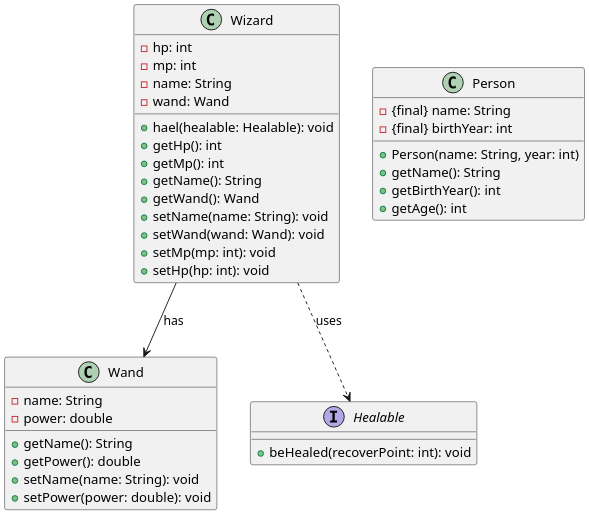
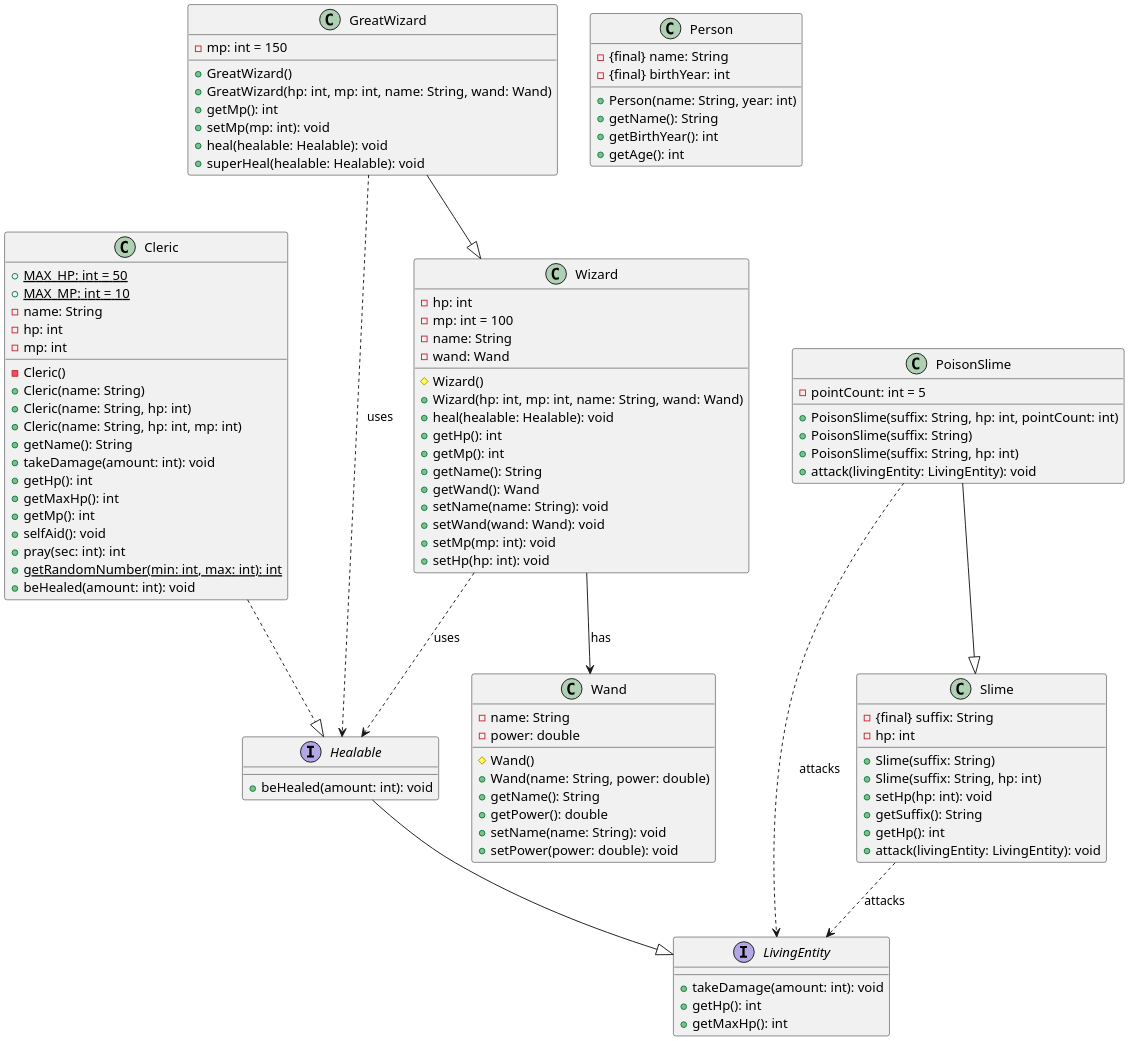
The diagram in src/main/java/com/survivalcoding/ClassUML.puml (SurvivalCodingCampus/polytech_java_study), drawn with PlantUML before and after one commit. The commit also changed 1 other file, not shown here.

Commit message:
doc: TIL / UML 작성

```diff
--- a/src/main/java/com/survivalcoding/ClassUML.puml
+++ b/src/main/java/com/survivalcoding/ClassUML.puml
@@ -1,51 +1,126 @@
 @startuml
 'https://plantuml.com/class-diagram
 
 scale 2
 
+interface LivingEntity {
+    + takeDamage(amount: int): void
+    + getHp(): int
+    + getMaxHp(): int
+}
+
+interface Healable {
+    + beHealed(amount: int): void
+}
+
 class Wizard {
     - hp: int
-    - mp: int
+    - mp: int = 100
     - name: String
     - wand: Wand
 
-    + hael(healable: Healable): void
+    # Wizard()
+    + Wizard(hp: int, mp: int, name: String, wand: Wand)
+    + heal(healable: Healable): void
     + getHp(): int
     + getMp(): int
     + getName(): String
     + getWand(): Wand
     + setName(name: String): void
     + setWand(wand: Wand): void
     + setMp(mp: int): void
     + setHp(hp: int): void
 }
 
+class GreatWizard {
+    - mp: int = 150
+
+    + GreatWizard()
+    + GreatWizard(hp: int, mp: int, name: String, wand: Wand)
+    + getMp(): int
+    + setMp(mp: int): void
+    + heal(healable: Healable): void
+    + superHeal(healable: Healable): void
+}
+
 class Wand {
     - name: String
     - power: double
 
+    # Wand()
+    + Wand(name: String, power: double)
     + getName(): String
     + getPower(): double
     + setName(name: String): void
     + setPower(power: double): void
 }
 
-interface Healable {
-    + beHealed(recoverPoint: int): void
+class Cleric {
+    + {static} MAX_HP: int = 50
+    + {static} MAX_MP: int = 10
+    - name: String
+    - hp: int
+    - mp: int
+
+    - Cleric()
+    + Cleric(name: String)
+    + Cleric(name: String, hp: int)
+    + Cleric(name: String, hp: int, mp: int)
+    + getName(): String
+    + takeDamage(amount: int): void
+    + getHp(): int
+    + getMaxHp(): int
+    + getMp(): int
+    + selfAid(): void
+    + pray(sec: int): int
+    + {static} getRandomNumber(min: int, max: int): int
+    + beHealed(amount: int): void
 }
 
 class Person {
     - {final} name: String
     - {final} birthYear: int
 
     + Person(name: String, year: int)
     + getName(): String
     + getBirthYear(): int
     + getAge(): int
 }
 
+class Slime {
+    - {final} suffix: String
+    - hp: int
 
+    + Slime(suffix: String)
+    + Slime(suffix: String, hp: int)
+    + setHp(hp: int): void
+    + getSuffix(): String
+    + getHp(): int
+    + attack(livingEntity: LivingEntity): void
+}
+
+class PoisonSlime {
+    - pointCount: int = 5
+
+    + PoisonSlime(suffix: String, hp: int, pointCount: int)
+    + PoisonSlime(suffix: String)
+    + PoisonSlime(suffix: String, hp: int)
+    + attack(livingEntity: LivingEntity): void
+}
+
+' Inheritance relationships
+GreatWizard --|> Wizard
+PoisonSlime --|> Slime
+Healable --|> LivingEntity
+
+' Implementation relationships
+Cleric ..|> Healable
+
+' Composition/Association relationships
 Wizard --> Wand : has
 Wizard ..> Healable : uses
+GreatWizard ..> Healable : uses
+Slime ..> LivingEntity : attacks
+PoisonSlime ..> LivingEntity : attacks
 
 @enduml
```
